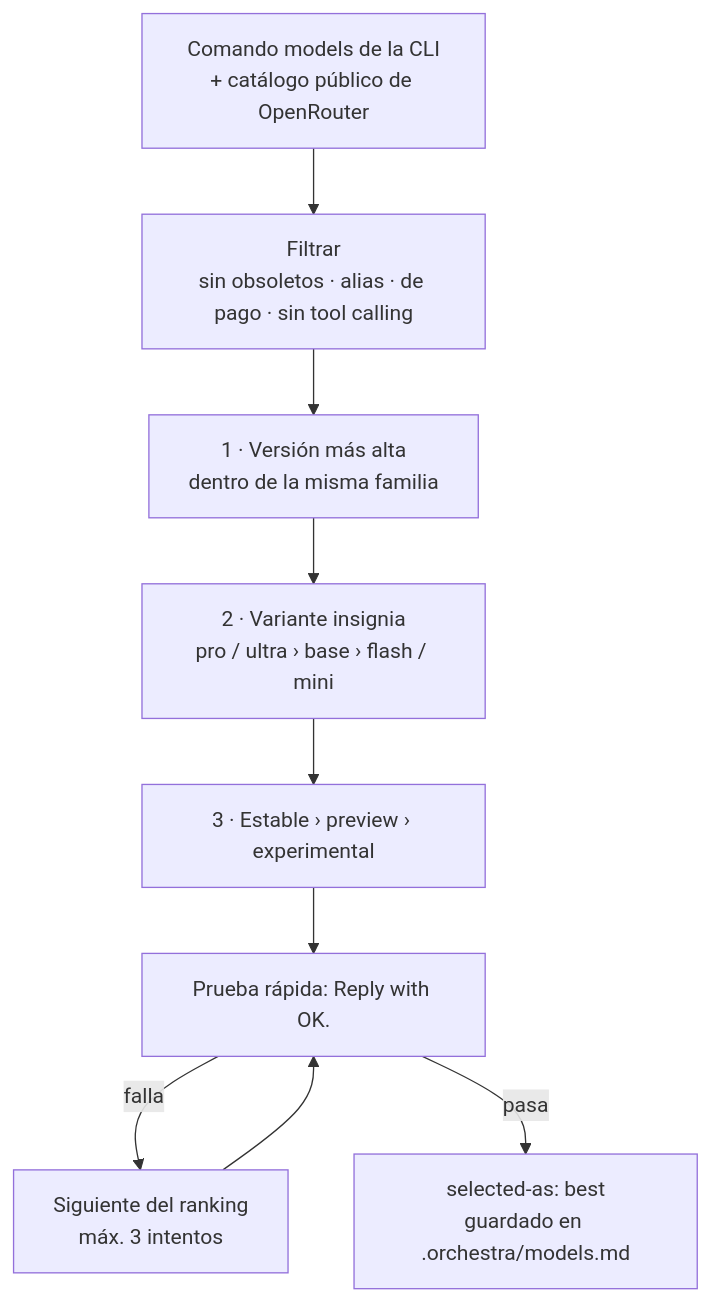
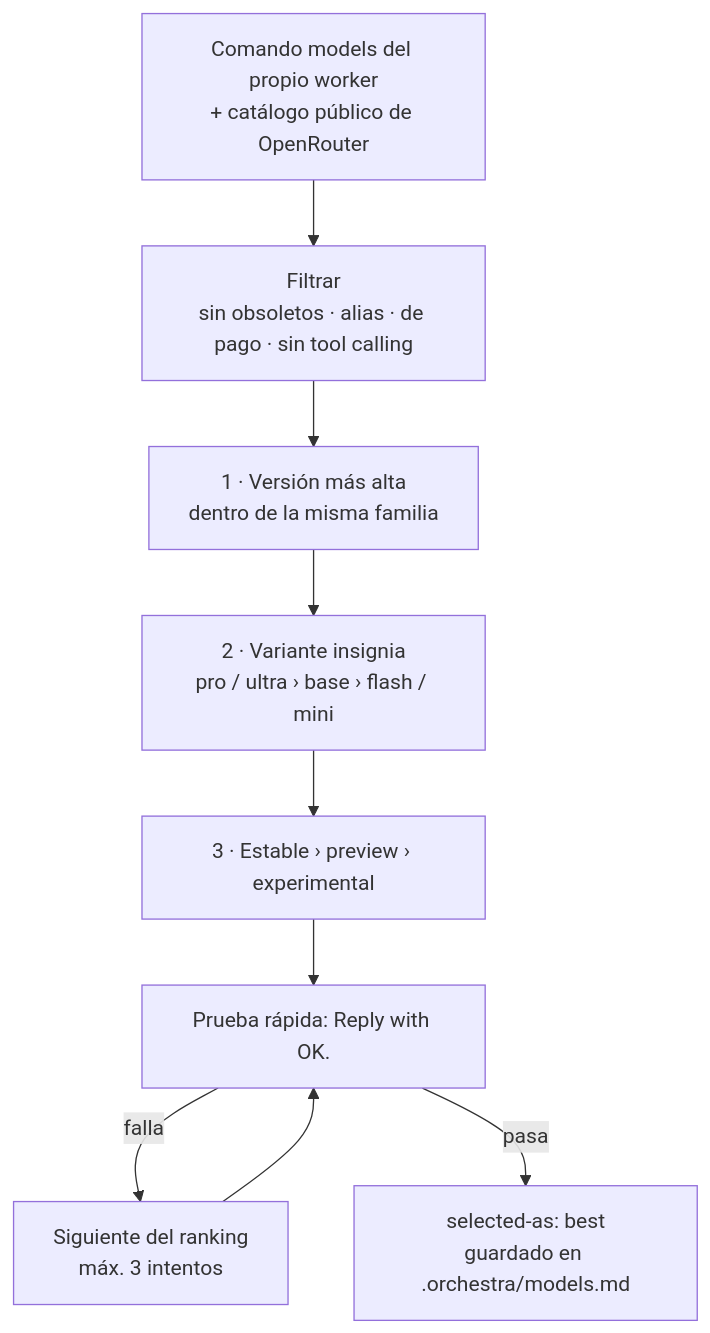
One commit to yoelkh/orkestraku changed the third of 3 diagrams in README.es.md. Above: the diagram before and after it, drawn with Mermaid. The commit also changed other lines of this file and 9 other files, not shown here.

````diff
--- a/README.es.md
+++ b/README.es.md
@@ -84,10 +126,10 @@
 ```mermaid
 flowchart TD
-    C["Comando models de la CLI<br/>+ catálogo público de OpenRouter"] --> F["Filtrar<br/>sin obsoletos · alias · de pago · sin tool calling"]
+    C["Comando models del propio worker<br/>+ catálogo público de OpenRouter"] --> F["Filtrar<br/>sin obsoletos · alias · de pago · sin tool calling"]
     F --> R1["1 · Versión más alta<br/>dentro de la misma familia"]
     R1 --> R2["2 · Variante insignia<br/>pro / ultra › base › flash / mini"]
     R2 --> R3["3 · Estable › preview › experimental"]
     R3 --> T["Prueba rápida: Reply with OK."]
     T -- falla --> N["Siguiente del ranking<br/>máx. 3 intentos"] --> T
     T -- pasa --> SEL["selected-as: best<br/>guardado en .orchestra/models.md"]
 ```
````
